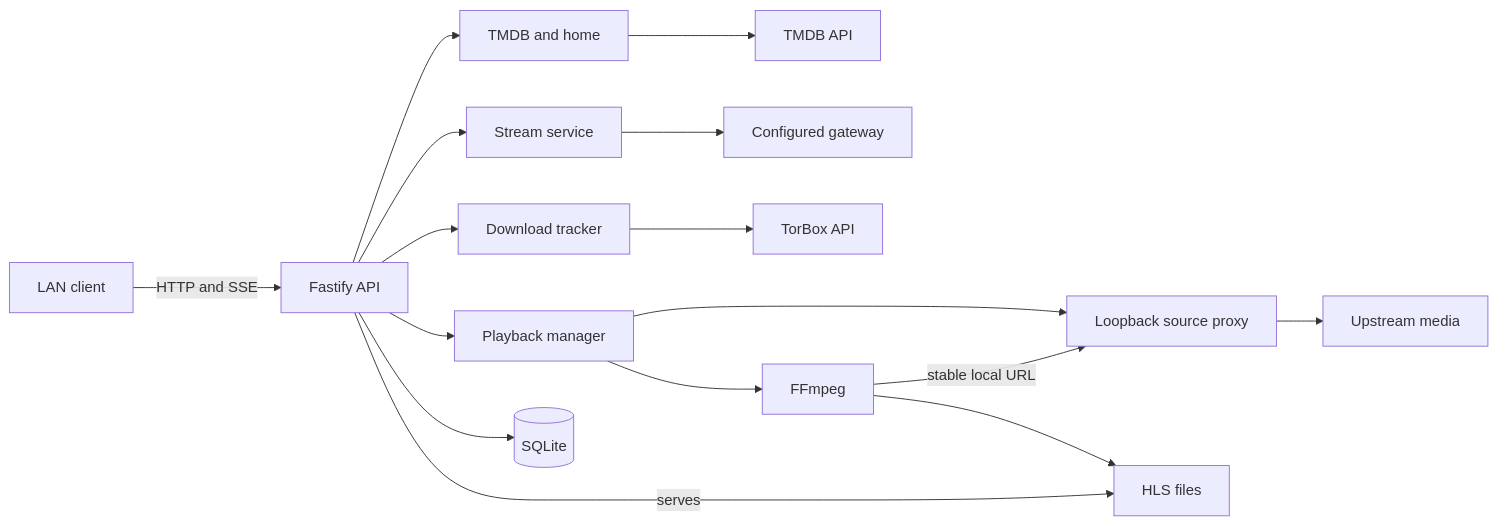
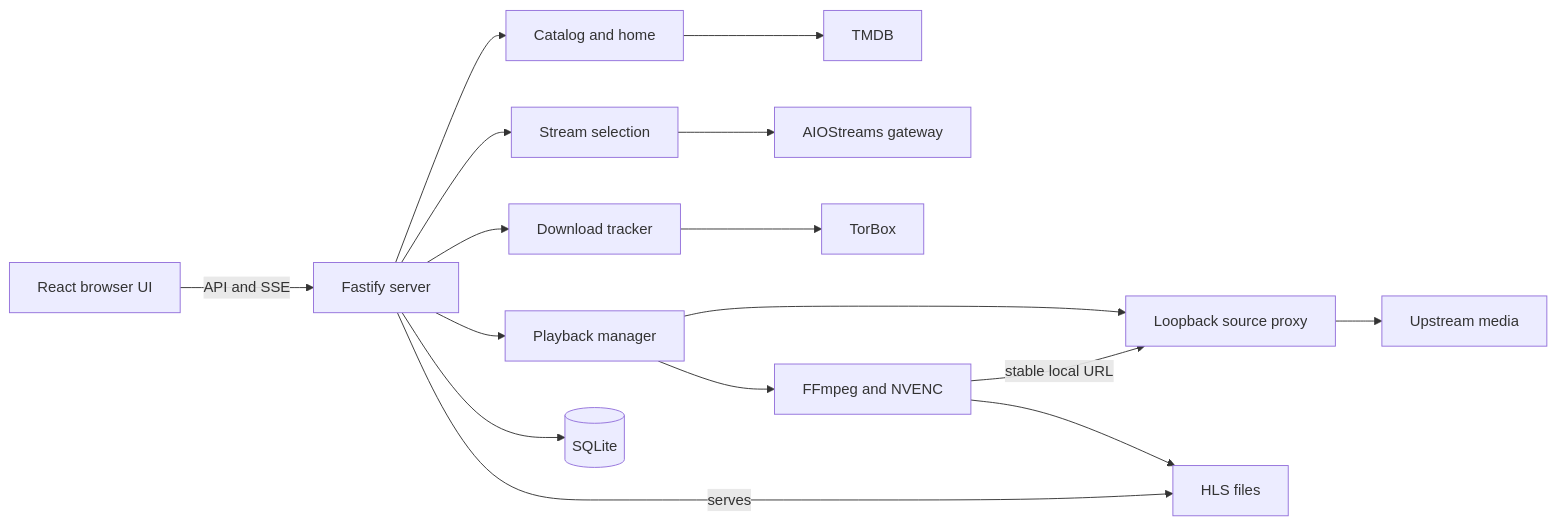
The first of 2 diagrams in droid-wiki/overview/architecture.md (VeroxAUS/homestream), drawn with Mermaid before and after one commit. The commit also changed other lines of this file and 54 other files, not shown here.

````diff
--- a/droid-wiki/overview/architecture.md
+++ b/droid-wiki/overview/architecture.md
@@ -5,18 +5,18 @@
 ```mermaid
 graph LR
-    Client[LAN client] -->|HTTP and SSE| API[Fastify API]
-    API --> Catalog[TMDB and home]
-    Catalog --> TMDB[TMDB API]
-    API --> Streams[Stream service]
-    Streams --> Gateway[Configured gateway]
+    Browser[React browser UI] -->|API and SSE| API[Fastify server]
+    API --> Catalog[Catalog and home]
+    Catalog --> TMDB[TMDB]
+    API --> Streams[Stream selection]
+    Streams --> Gateway[AIOStreams gateway]
     API --> Playback[Playback manager]
     API --> Downloads[Download tracker]
-    Downloads --> TorBox[TorBox API]
+    Downloads --> TorBox[TorBox]
     Playback --> Proxy[Loopback source proxy]
     Proxy --> CDN[Upstream media]
-    Playback --> Encoder[FFmpeg]
-    Encoder -->|stable local URL| Proxy
-    Encoder --> Files[HLS files]
-    API -->|serves| Files
+    Playback --> FFmpeg[FFmpeg and NVENC]
+    FFmpeg -->|stable local URL| Proxy
+    FFmpeg --> HLS[HLS files]
+    API -->|serves| HLS
     API --> DB[(SQLite)]
 ```
````
